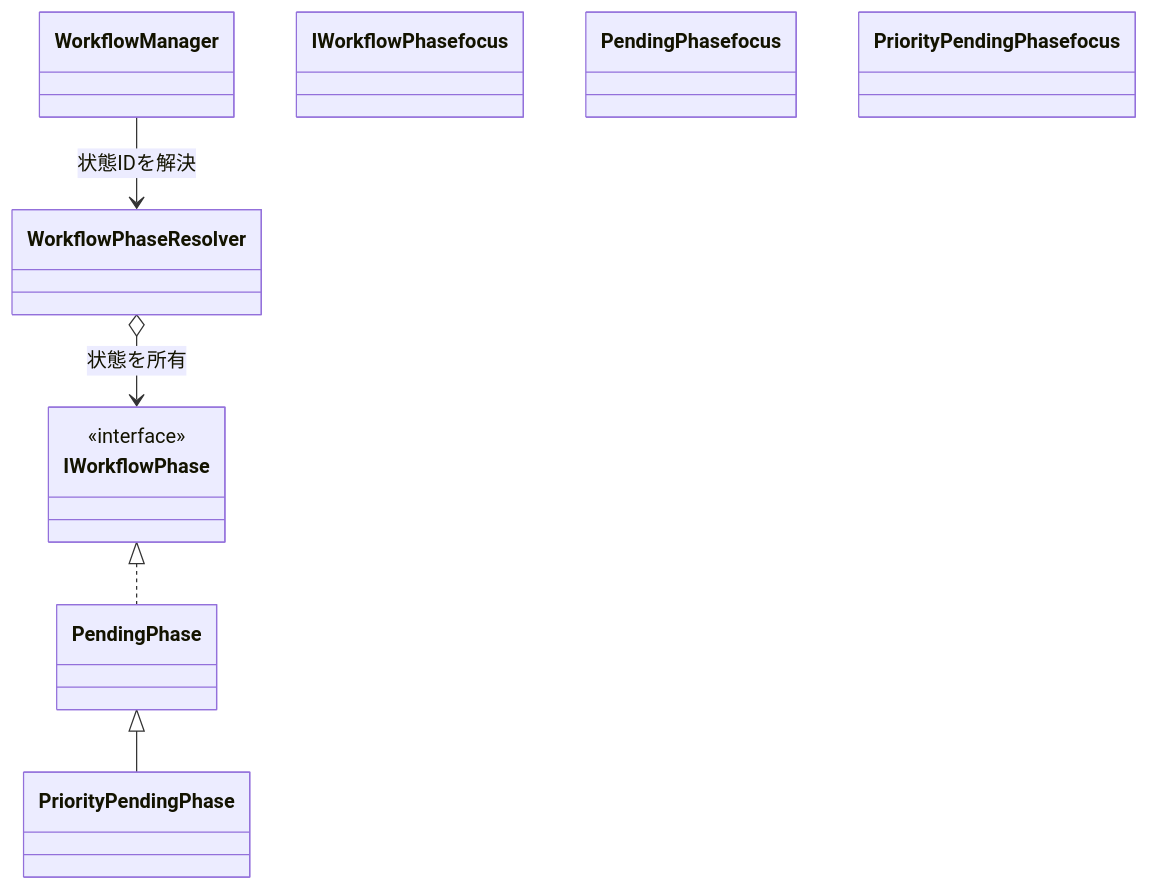
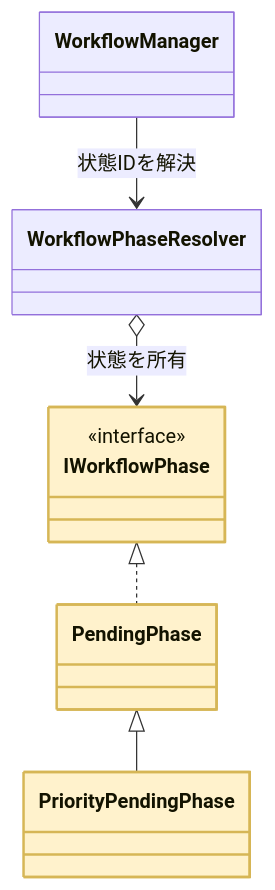
The tenth of 23 diagrams in kindle/design-patterns/output/chapter12.md (kumachan1101-pixel/DesignPattern), drawn with Mermaid before and after one commit. The commit also changed other lines of this file and 15 other files, not shown here.

First line of the commit message:
全章classDiagram: phantom浮きクラスを生む着色構文 class X focus を :::focus へ修正（103箇所）

````diff
--- a/kindle/design-patterns/output/chapter12.md
+++ b/kindle/design-patterns/output/chapter12.md
@@ -1290,16 +1290,16 @@
 ```mermaid
 classDiagram
     class WorkflowManager
     class WorkflowPhaseResolver
     class IWorkflowPhase { <<interface>> }
     class PendingPhase
     class PriorityPendingPhase
     WorkflowManager --> WorkflowPhaseResolver : 状態IDを解決
     WorkflowPhaseResolver o--> IWorkflowPhase : 状態を所有
     IWorkflowPhase <|.. PendingPhase
     PendingPhase <|-- PriorityPendingPhase
-    class IWorkflowPhase focus
-    class PendingPhase focus
-    class PriorityPendingPhase focus
+    class IWorkflowPhase:::focus
+    class PendingPhase:::focus
+    class PriorityPendingPhase:::focus
     classDef focus fill:#FFF2CC,stroke:#D6B656,stroke-width:2px
 ```
````
